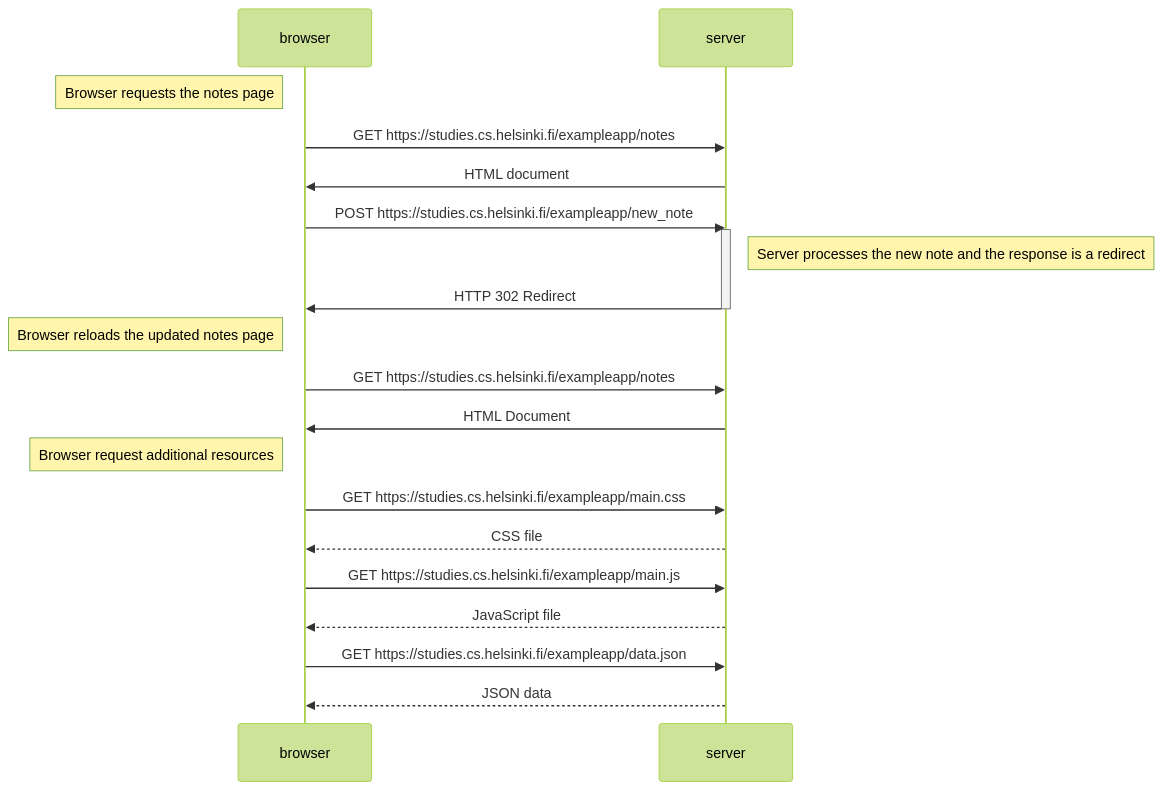
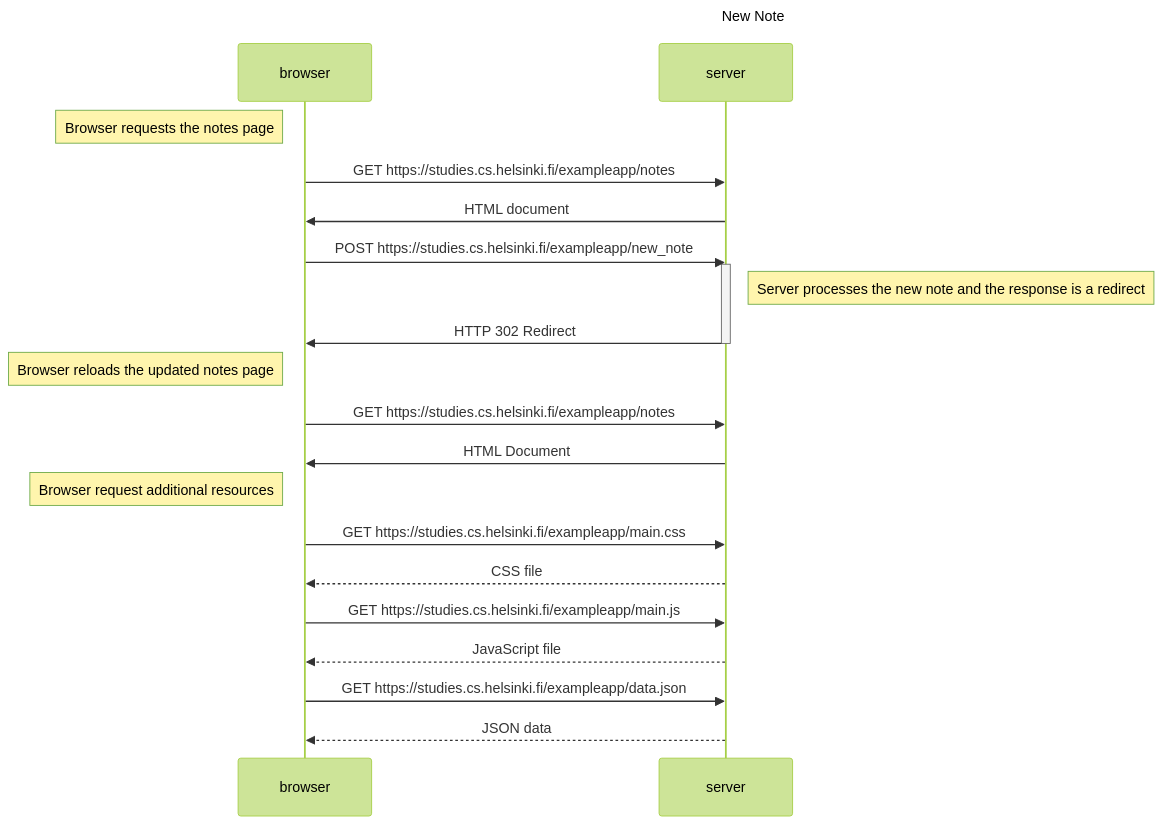
One commit to zshcole/fullstackopen2025 changed the diagram in part0/04.md. Above: the diagram before and after it, drawn with Mermaid (forest theme). The commit also changed 1 other file, not shown here.

Commit message:
Single Page App diagram

````diff
--- a/part0/04.md
+++ b/part0/04.md
@@ -1,27 +1,28 @@
 ```mermaid
 sequenceDiagram
+    title New Note
     participant browser
     participant server
 
     Note left of browser: Browser requests the notes page
     browser->> server: GET https://studies.cs.helsinki.fi/exampleapp/notes
     server->> browser: HTML document
 
     browser->> server: POST https://studies.cs.helsinki.fi/exampleapp/new_note
     activate server
     Note right of server: Server processes the new note and the response is a redirect
     server->> browser: HTTP 302 Redirect
     deactivate server
 
     Note left of browser: Browser reloads the updated notes page
     browser->> server: GET https://studies.cs.helsinki.fi/exampleapp/notes
     server->> browser: HTML Document
 
     Note left of browser: Browser request additional resources
     browser->> server: GET https://studies.cs.helsinki.fi/exampleapp/main.css
     server-->>browser: CSS file
     browser->> server: GET https://studies.cs.helsinki.fi/exampleapp/main.js
     server-->>browser: JavaScript file
     browser->> server: GET https://studies.cs.helsinki.fi/exampleapp/data.json
     server-->>browser: JSON data
 ```
````
